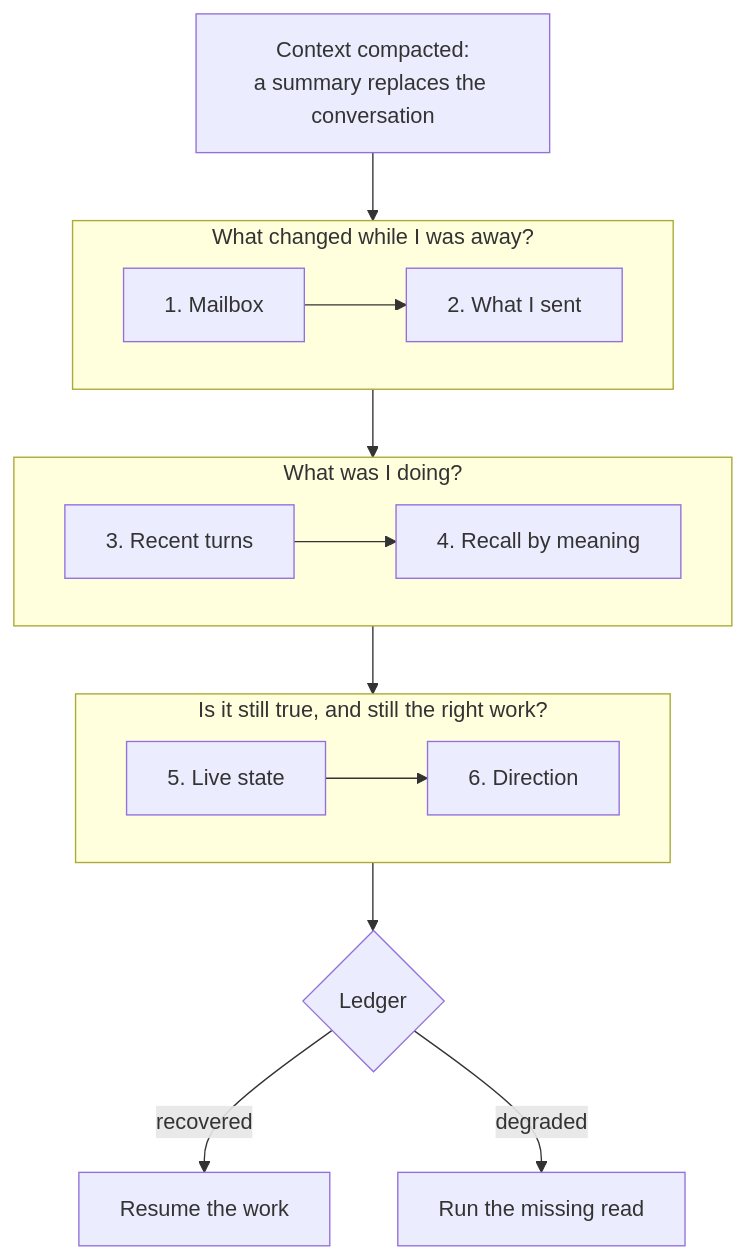
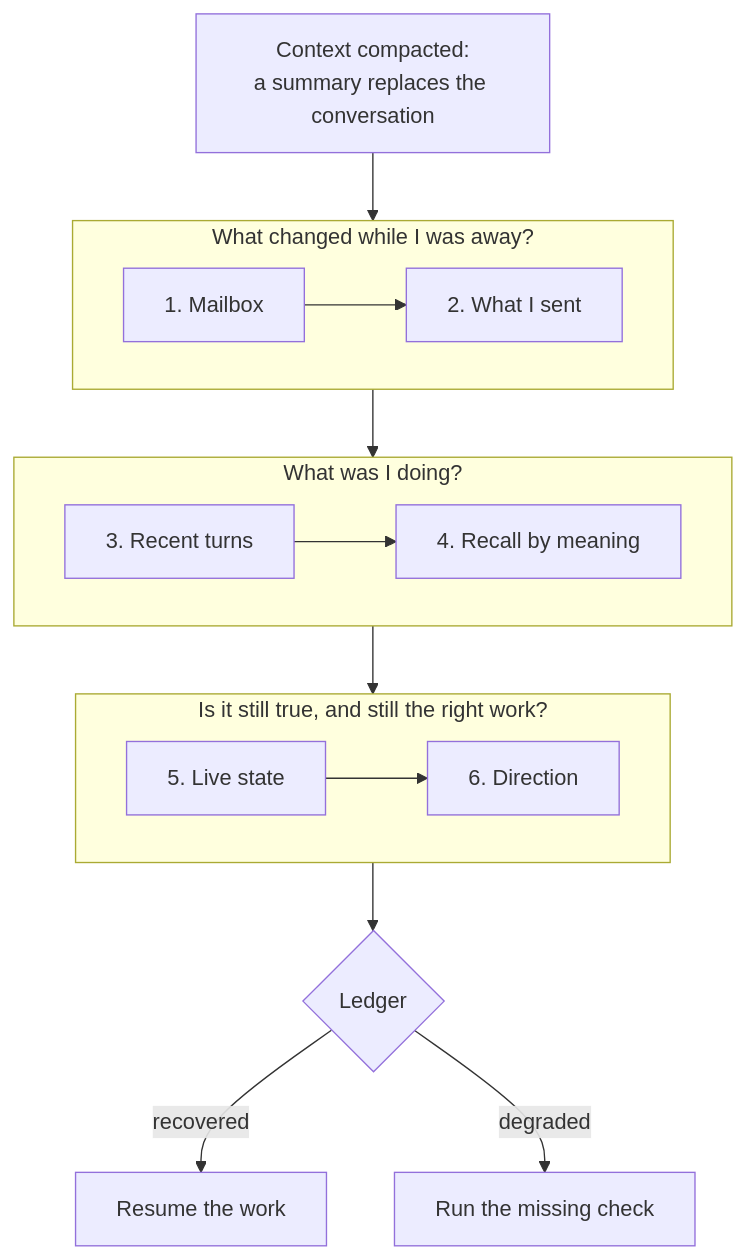
One commit to neomjs/neo changed the diagram in learn/blog/context-compaction-recovery-for-ai-coding-agents.md. Above: the diagram before and after it, drawn with Mermaid. The commit also changed other lines of this file and 1 other file, not shown here.

````diff
--- a/learn/blog/context-compaction-recovery-for-ai-coding-agents.md
+++ b/learn/blog/context-compaction-recovery-for-ai-coding-agents.md
@@ -37,21 +39,21 @@
 ```mermaid
 flowchart TD
     C["Context compacted:<br/>a summary replaces the conversation"] --> A
     subgraph A["What changed while I was away?"]
         direction LR
         M["1. Mailbox"] --> S["2. What I sent"]
     end
     A --> B
     subgraph B["What was I doing?"]
         direction LR
         R["3. Recent turns"] --> Q["4. Recall by meaning"]
     end
     B --> V
     subgraph V["Is it still true, and still the right work?"]
         direction LR
         L["5. Live state"] --> D["6. Direction"]
     end
     V --> G{"Ledger"}
     G -->|recovered| W["Resume the work"]
-    G -->|degraded| P["Run the missing read"]
+    G -->|degraded| P["Run the missing check"]
 ```
````
